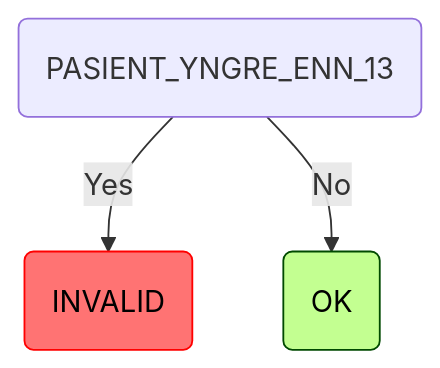
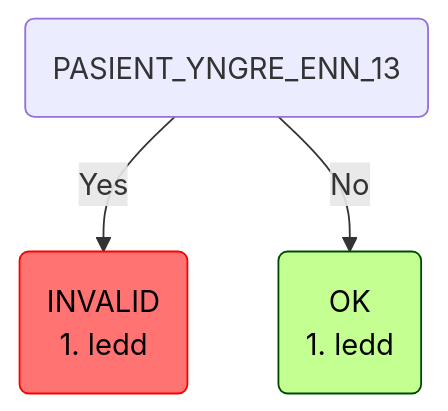
One commit to navikt/syfosmregler changed the seventh of 9 diagrams in README.md. Above: the diagram before and after it, drawn with Mermaid. The commit also changed other lines of this file and 36 other files, not shown here.

````diff
--- a/README.md
+++ b/README.md
@@ -253,8 +260,9 @@
 ```mermaid
 graph TD
-    root(PASIENT_YNGRE_ENN_13) -->|Yes| root_PASIENT_YNGRE_ENN_13_INVALID(INVALID):::invalid
-    root(PASIENT_YNGRE_ENN_13) -->|No| root_PASIENT_YNGRE_ENN_13_OK(OK):::ok
+    root(PASIENT_YNGRE_ENN_13) -->|Yes| root_PASIENT_YNGRE_ENN_13_INVALID(INVALID
+1. ledd):::invalid
+    root(PASIENT_YNGRE_ENN_13) -->|No| root_PASIENT_YNGRE_ENN_13_OK(OK <br/>1. ledd):::ok
     classDef ok fill:#c3ff91,stroke:#004a00,color: black;
     classDef invalid fill:#ff7373,stroke:#ff0000,color: black;
     classDef manuell fill:#ffe24f,stroke:#ffd500,color: #473c00;
 ```
````
